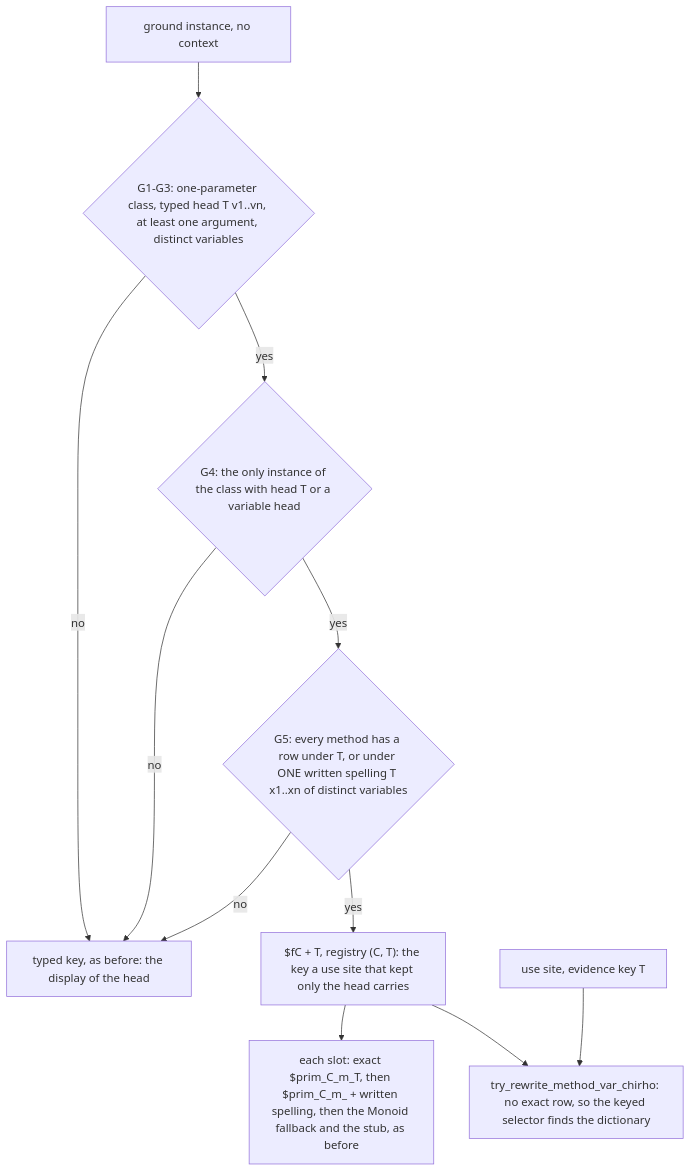
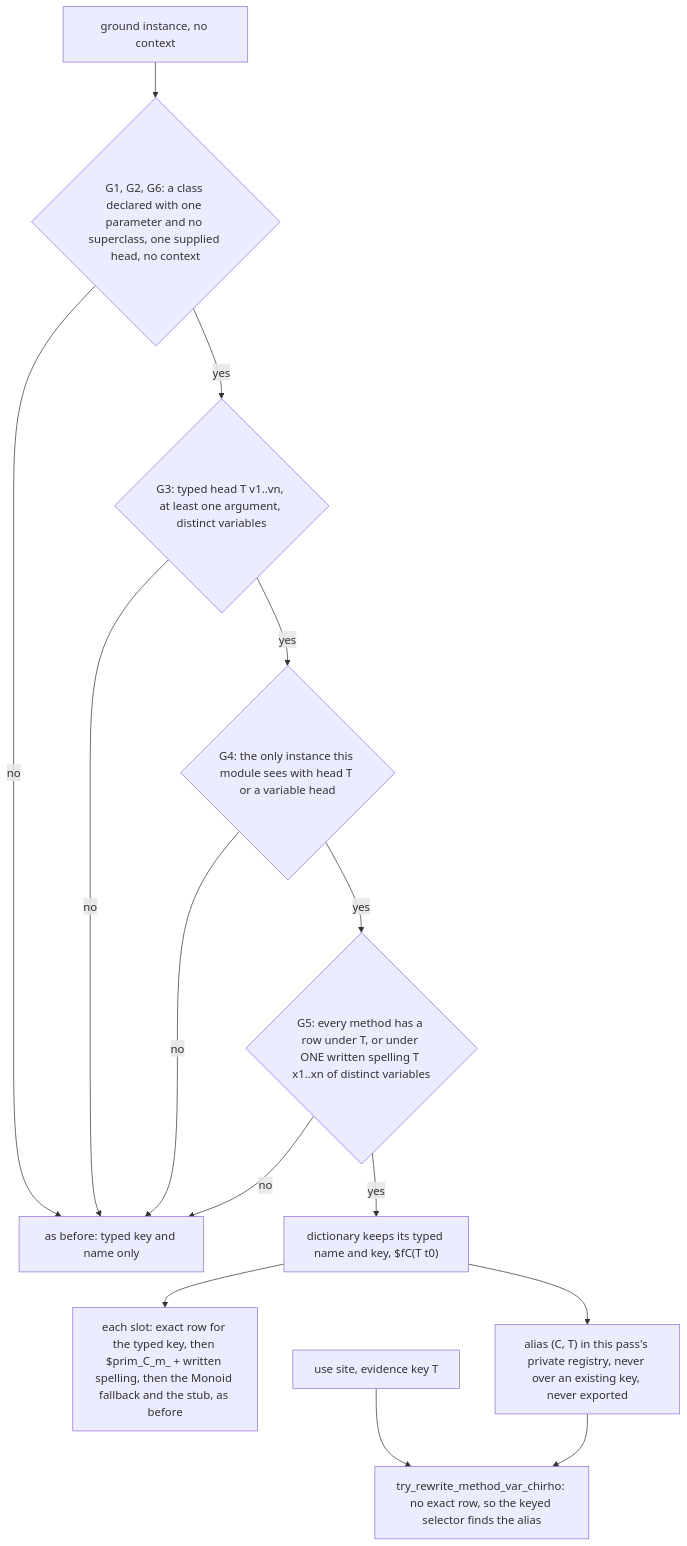
Before and after one commit to loveJesus/haskelujah-chirho: the fifth of 5 diagrams in spec-chirho/workflows-chirho/language-features-chirho/dictionary-evidence-chirho.md, drawn with Mermaid. The commit also changed other lines of this file and 5 other files, not shown here.

First line of the commit message:
fix(dict): a generic head keeps its typed name; its constructor is a private alias

````diff
--- a/spec-chirho/workflows-chirho/language-features-chirho/dictionary-evidence-chirho.md
+++ b/spec-chirho/workflows-chirho/language-features-chirho/dictionary-evidence-chirho.md
@@ -192,13 +192,16 @@
 ```mermaid
 flowchart TD
-    inst_chirho[ground instance, no context] --> g3_chirho{G1-G3: one-parameter class, typed head T v1..vn, at least one argument, distinct variables}
-    g3_chirho -- no --> typed_chirho[typed key, as before: the display of the head]
-    g3_chirho -- yes --> g4_chirho{G4: the only instance of the class with head T or a variable head}
+    inst_chirho[ground instance, no context] --> g1_chirho{G1, G2, G6: a class declared with one parameter and no superclass, one supplied head, no context}
+    g1_chirho -- no --> typed_chirho[as before: typed key and name only]
+    g1_chirho -- yes --> g3_chirho{G3: typed head T v1..vn, at least one argument, distinct variables}
+    g3_chirho -- no --> typed_chirho
+    g3_chirho -- yes --> g4_chirho{G4: the only instance this module sees with head T or a variable head}
     g4_chirho -- no --> typed_chirho
     g4_chirho -- yes --> g5_chirho{G5: every method has a row under T, or under ONE written spelling T x1..xn of distinct variables}
     g5_chirho -- no --> typed_chirho
-    g5_chirho -- yes --> generic_chirho["$fC + T, registry (C, T): the key a use site that kept only the head carries"]
-    generic_chirho --> slot_chirho["each slot: exact $prim_C_m_T, then $prim_C_m_ + written spelling, then the Monoid fallback and the stub, as before"]
-    use_chirho[use site, evidence key T] --> selector_chirho[try_rewrite_method_var_chirho: no exact row, so the keyed selector finds the dictionary]
-    generic_chirho --> selector_chirho
+    g5_chirho -- yes --> dict_chirho["dictionary keeps its typed name and key, $fC(T t0)"]
+    dict_chirho --> slot_chirho["each slot: exact row for the typed key, then $prim_C_m_ + written spelling, then the Monoid fallback and the stub, as before"]
+    dict_chirho --> alias_chirho["alias (C, T) in this pass's private registry, never over an existing key, never exported"]
+    use_chirho[use site, evidence key T] --> selector_chirho[try_rewrite_method_var_chirho: no exact row, so the keyed selector finds the alias]
+    alias_chirho --> selector_chirho
 ```
````
